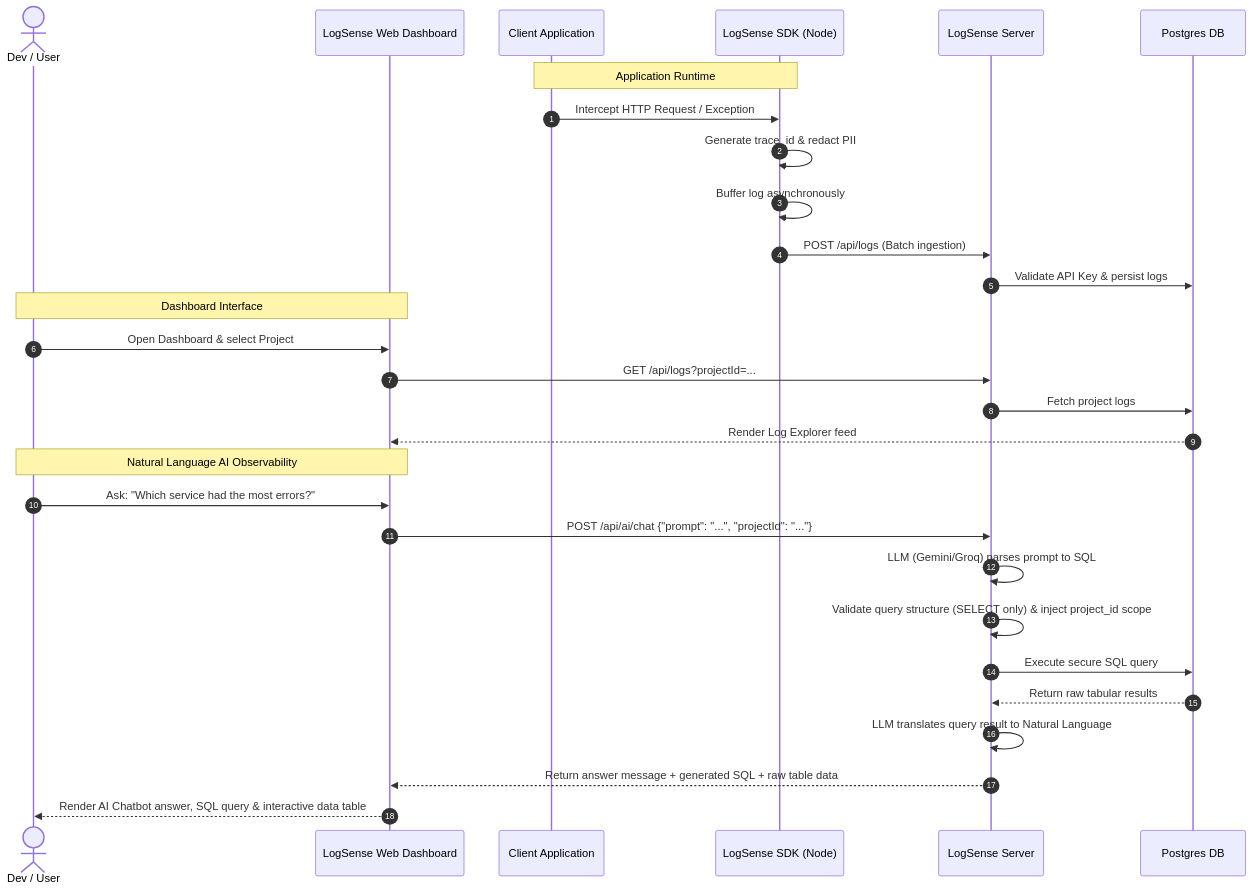
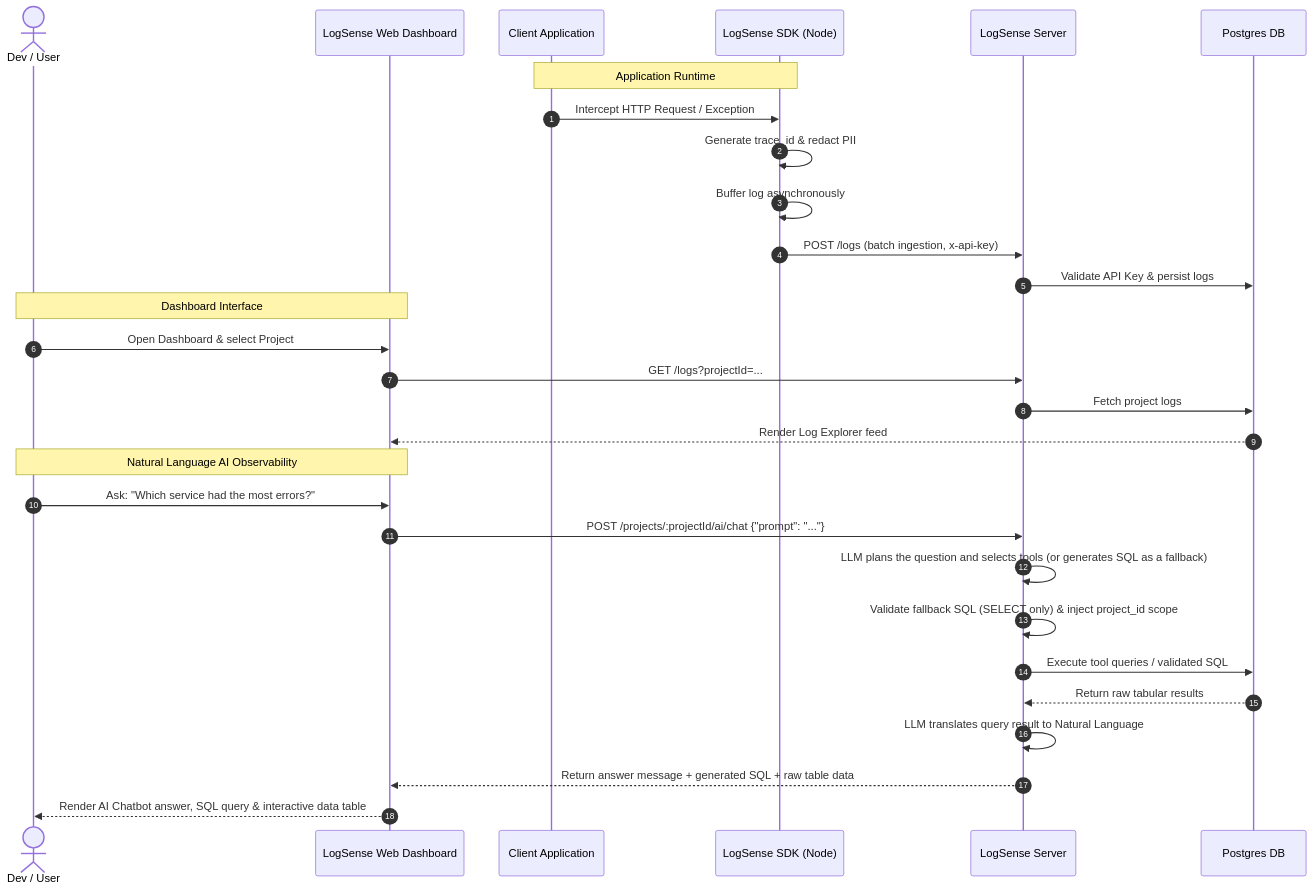
Before and after one commit to utkarshpayal/logsense-web: the diagram in README.md, drawn with Mermaid. The commit also changed other lines of this file, not shown here.

````diff
--- a/README.md
+++ b/README.md
@@ -19,34 +19,34 @@
 ```mermaid
 sequenceDiagram
     autonumber
     actor Developer as Dev / User
     participant Web as LogSense Web Dashboard
     participant Client as Client Application
     participant SDK as LogSense SDK (Node)
     participant Server as LogSense Server
     participant DB as Postgres DB
 
     Note over Client, SDK: Application Runtime
     Client->>SDK: Intercept HTTP Request / Exception
     SDK->>SDK: Generate trace_id & redact PII
     SDK->>SDK: Buffer log asynchronously
-    SDK->>Server: POST /api/logs (Batch ingestion)
+    SDK->>Server: POST /logs (batch ingestion, x-api-key)
     Server->>DB: Validate API Key & persist logs
     
     Note over Developer, Web: Dashboard Interface
     Developer->>Web: Open Dashboard & select Project
-    Web->>Server: GET /api/logs?projectId=...
+    Web->>Server: GET /logs?projectId=...
     Server->>DB: Fetch project logs
     DB-->>Web: Render Log Explorer feed
 
     Note over Developer, Web: Natural Language AI Observability
     Developer->>Web: Ask: "Which service had the most errors?"
-    Web->>Server: POST /api/ai/chat {"prompt": "...", "projectId": "..."}
-    Server->>Server: LLM (Gemini/Groq) parses prompt to SQL
-    Server->>Server: Validate query structure (SELECT only) & inject project_id scope
-    Server->>DB: Execute secure SQL query
+    Web->>Server: POST /projects/:projectId/ai/chat {"prompt": "..."}
+    Server->>Server: LLM plans the question and selects tools (or generates SQL as a fallback)
+    Server->>Server: Validate fallback SQL (SELECT only) & inject project_id scope
+    Server->>DB: Execute tool queries / validated SQL
     DB-->>Server: Return raw tabular results
     Server->>Server: LLM translates query result to Natural Language
     Server-->>Web: Return answer message + generated SQL + raw table data
     Web-->>Developer: Render AI Chatbot answer, SQL query & interactive data table
 ```
````
